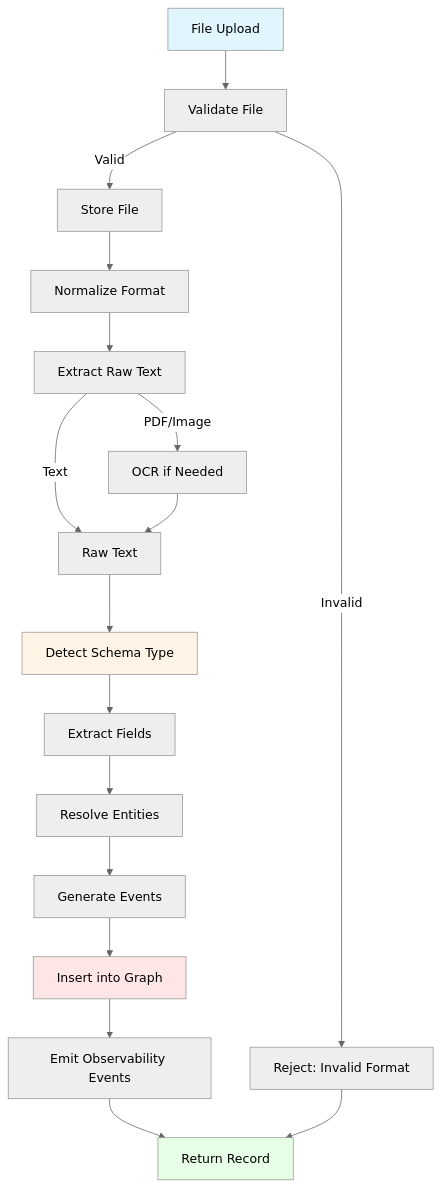
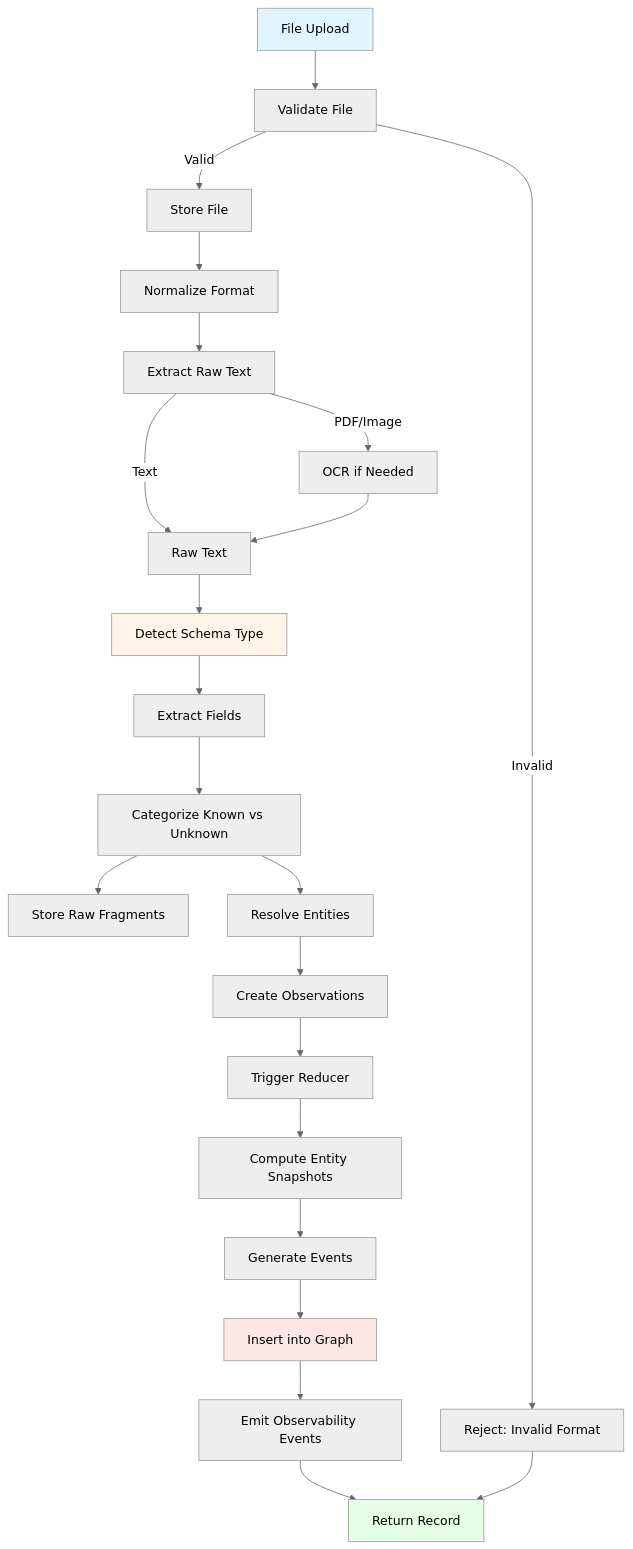
Before and after one commit to markmhendrickson/neotoma: the diagram in docs/subsystems/ingestion/ingestion.md, drawn with Mermaid. The commit also changed other lines of this file and 58 other files, not shown here.

````diff
--- a/docs/subsystems/ingestion/ingestion.md
+++ b/docs/subsystems/ingestion/ingestion.md
@@ -44,29 +44,35 @@
 ```mermaid
 %%{init: {'theme':'neutral'}}%%
 flowchart TD
     Start[File Upload] --> Validate[Validate File]
     Validate -->|Valid| Store[Store File]
     Validate -->|Invalid| RejectFile[Reject: Invalid Format]
 
     Store --> Normalize[Normalize Format]
     Normalize --> ExtractText[Extract Raw Text]
     ExtractText -->|PDF/Image| OCR[OCR if Needed]
     ExtractText -->|Text| RawText[Raw Text]
     OCR --> RawText
 
     RawText --> DetectSchema[Detect Schema Type]
     DetectSchema --> ExtractFields[Extract Fields]
-    ExtractFields --> ResolveEntities[Resolve Entities]
-    ResolveEntities --> GenerateEvents[Generate Events]
-
+    ExtractFields --> CategorizeFields[Categorize Known vs Unknown]
+    CategorizeFields --> StoreRawFragments[Store Raw Fragments]
+    
+    CategorizeFields --> ResolveEntities[Resolve Entities]
+    ResolveEntities --> CreateObservations[Create Observations]
+    CreateObservations --> TriggerReducer[Trigger Reducer]
+    TriggerReducer --> ComputeSnapshots[Compute Entity Snapshots]
+    
+    ComputeSnapshots --> GenerateEvents[Generate Events]
     GenerateEvents --> InsertGraph[Insert into Graph]
     InsertGraph --> EmitEvents[Emit Observability Events]
     EmitEvents --> Done[Return Record]
 
     RejectFile --> Done
 
     style Start fill:#e1f5ff
     style Done fill:#e6ffe6
     style DetectSchema fill:#fff4e6
     style InsertGraph fill:#ffe6e6
 ```
````
